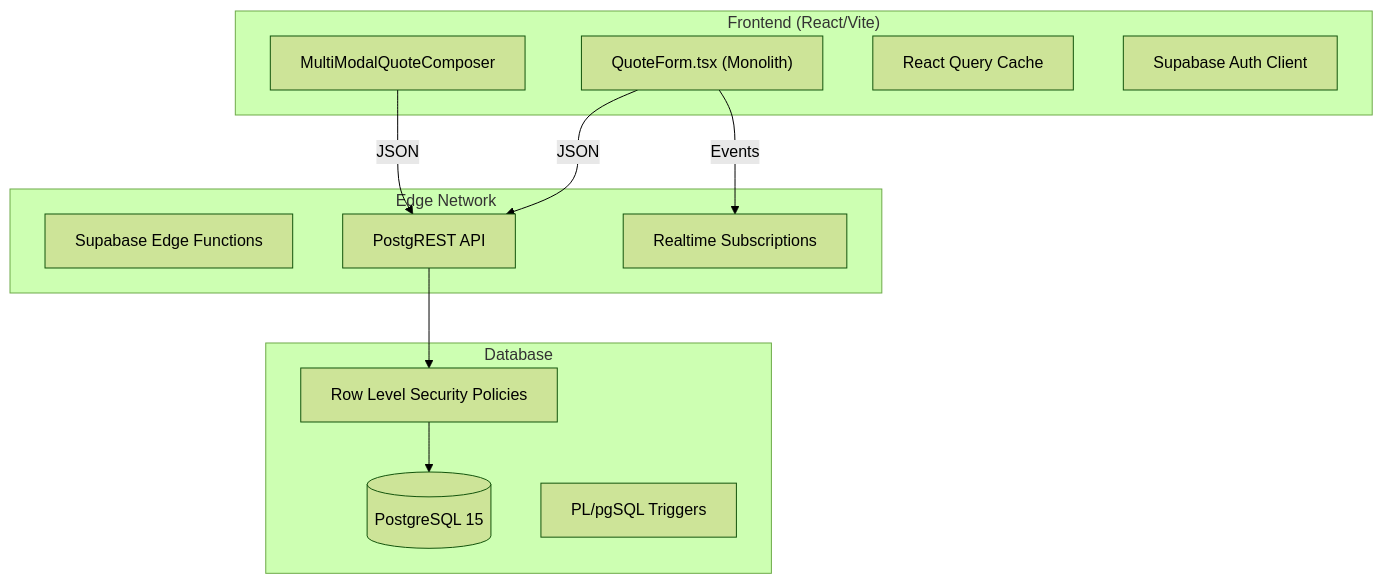
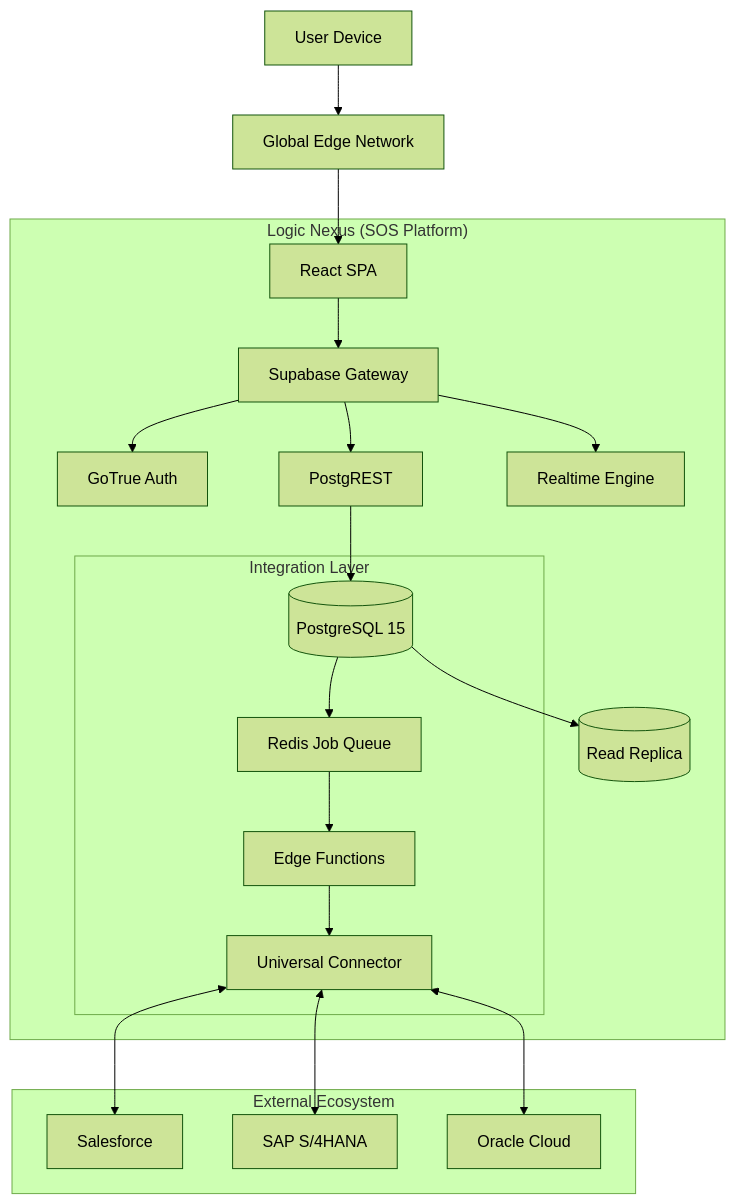
The diagram in documentation/HYBRID_QUOTATION_ENHANCEMENT_ANALYSIS.md (vageesha-vaishya/logic-nexus-ai), drawn with Mermaid (forest theme) before and after one commit. The commit also changed other lines of this file and 1 other file, not shown here.

````diff
--- a/documentation/HYBRID_QUOTATION_ENHANCEMENT_ANALYSIS.md
+++ b/documentation/HYBRID_QUOTATION_ENHANCEMENT_ANALYSIS.md
@@ -67,27 +149,27 @@
 ```mermaid
 graph TD
-    subgraph Client_Layer ["Frontend (React/Vite)"]
-        UI[MultiModalQuoteComposer]
-        Form["QuoteForm.tsx (Monolith)"]
-        State[React Query Cache]
-        Auth[Supabase Auth Client]
+    User[User Device] --> CDN[Global Edge Network]
+    CDN --> App[React SPA]
+    
+    subgraph "Logic Nexus (SOS Platform)"
+        App --> API[Supabase Gateway]
+        API --> Auth[GoTrue Auth]
+        API --> Rest[PostgREST]
+        API --> Realtime[Realtime Engine]
+        
+        Rest --> DB[(PostgreSQL 15)]
+        DB --> Replica[(Read Replica)]
+        
+        subgraph "Integration Layer"
+            DB --> Queue[Redis Job Queue]
+            Queue --> Worker[Edge Functions]
+            Worker --> Connect[Universal Connector]
+        end
     end
-
-    subgraph API_Layer ["Edge Network"]
-        Edge[Supabase Edge Functions]
-        Rest[PostgREST API]
-        Realtime[Realtime Subscriptions]
+    
+    subgraph "External Ecosystem"
+        Connect <--> SF[Salesforce]
+        Connect <--> SAP[SAP S/4HANA]
+        Connect <--> Oracle[Oracle Cloud]
     end
-
-    subgraph Data_Layer ["Database"]
-        DB[("PostgreSQL 15")]
-        RLS[Row Level Security Policies]
-        Triggers[PL/pgSQL Triggers]
-    end
-
-    UI -->|JSON| Rest
-    Form -->|JSON| Rest
-    Form -->|Events| Realtime
-    Rest --> RLS
-    RLS --> DB
 ```
````
